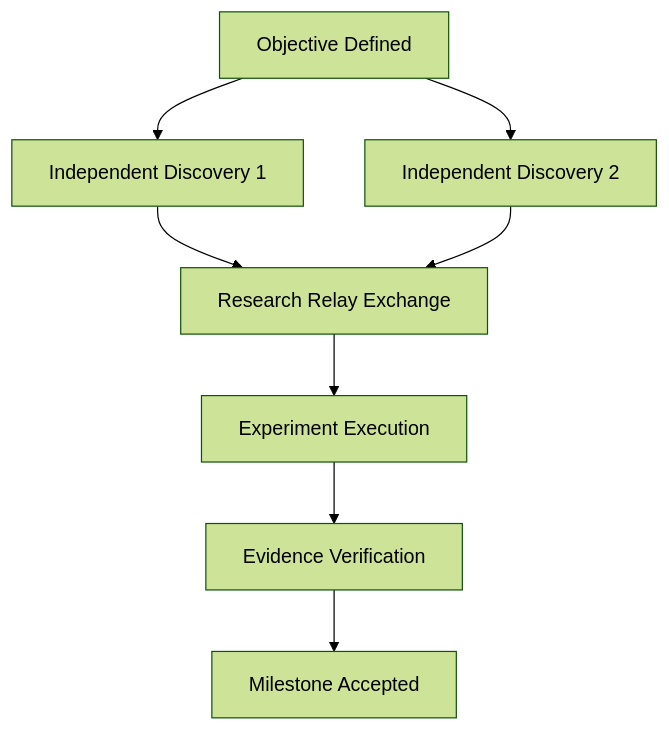
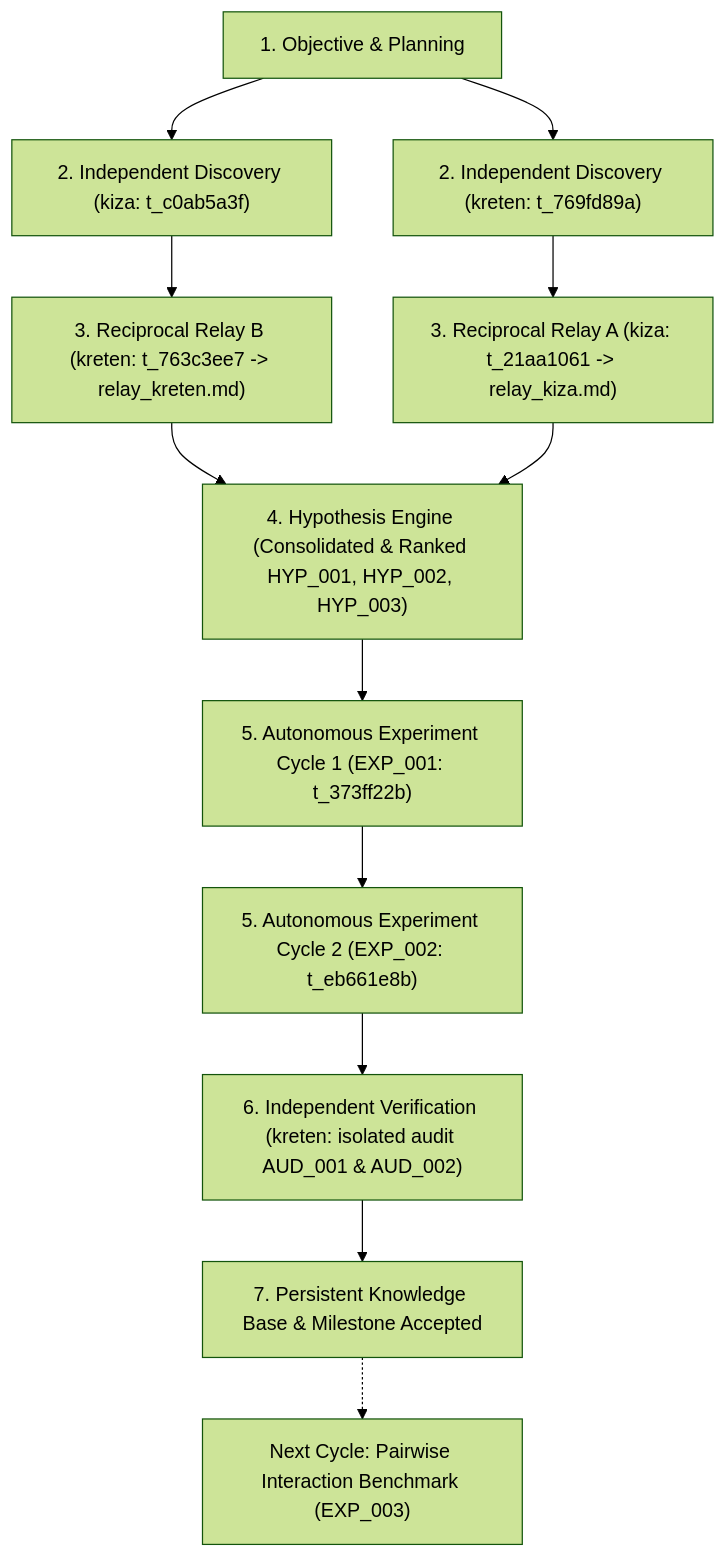
Before and after one commit to kizabgd123/analyze_discord_openclaw_setup: the diagram in research_workspaces/target_encoding_benchmark/planning/next_actions.md, drawn with Mermaid (forest theme). The commit also changed other lines of this file and 8 other files, not shown here.

Commit message:
checkpoint: Phase R3 - Autonomous experimentation consecutive cycles EXP_001 and EXP_002

````diff
--- a/research_workspaces/target_encoding_benchmark/planning/next_actions.md
+++ b/research_workspaces/target_encoding_benchmark/planning/next_actions.md
@@ -5,10 +5,13 @@
 ```mermaid
 flowchart TD
-    OBJ["Objective Defined"] --> DISC1["Independent Discovery 1"]
-    OBJ --> DISC2["Independent Discovery 2"]
-    DISC1 --> RELAY["Research Relay Exchange"]
-    DISC2 --> RELAY
-    RELAY --> EXP["Experiment Execution"]
-    EXP --> VERIF["Evidence Verification"]
-    VERIF --> MILESTONE["Milestone Accepted"]
+    OBJ["1. Objective & Planning"] --> DISC1["2. Independent Discovery (kiza: t_c0ab5a3f)"]
+    OBJ --> DISC2["2. Independent Discovery (kreten: t_769fd89a)"]
+    DISC1 --> RELAY_B["3. Reciprocal Relay B (kreten: t_763c3ee7 -> relay_kreten.md)"]
+    DISC2 --> RELAY_A["3. Reciprocal Relay A (kiza: t_21aa1061 -> relay_kiza.md)"]
+    RELAY_B & RELAY_A --> HYP_ENG["4. Hypothesis Engine (Consolidated & Ranked HYP_001, HYP_002, HYP_003)"]
+    HYP_ENG --> EXP1["5. Autonomous Experiment Cycle 1 (EXP_001: t_373ff22b)"]
+    EXP1 --> EXP2["5. Autonomous Experiment Cycle 2 (EXP_002: t_eb661e8b)"]
+    EXP2 --> VERIF["6. Independent Verification (kreten: isolated audit AUD_001 & AUD_002)"]
+    VERIF --> KNOWLEDGE["7. Persistent Knowledge Base & Milestone Accepted"]
+    KNOWLEDGE -.-> EXP3["Next Cycle: Pairwise Interaction Benchmark (EXP_003)"]
 ```
````
